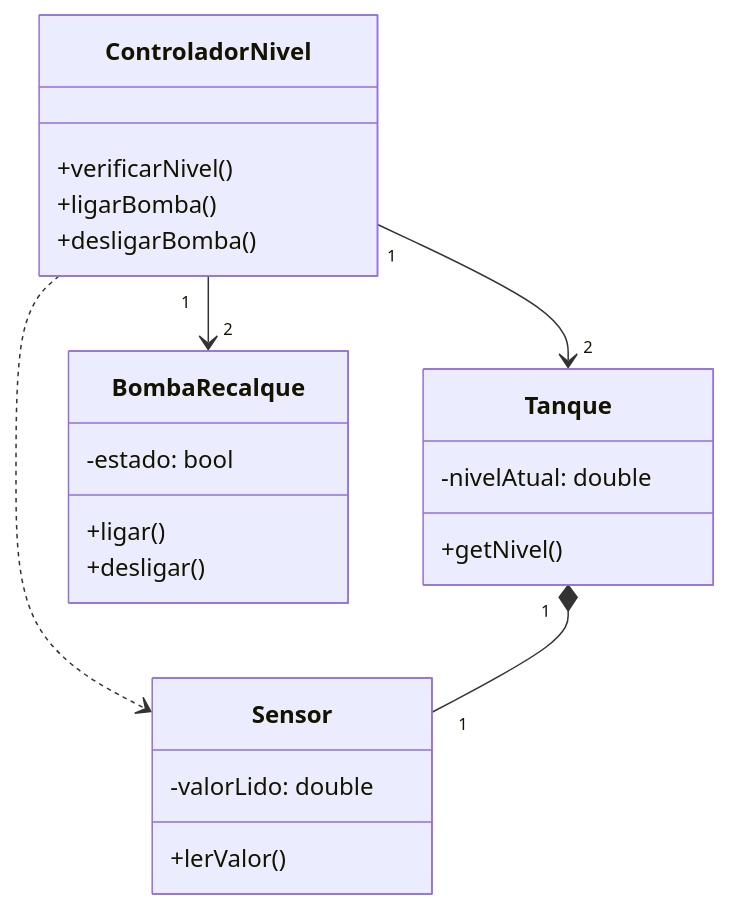
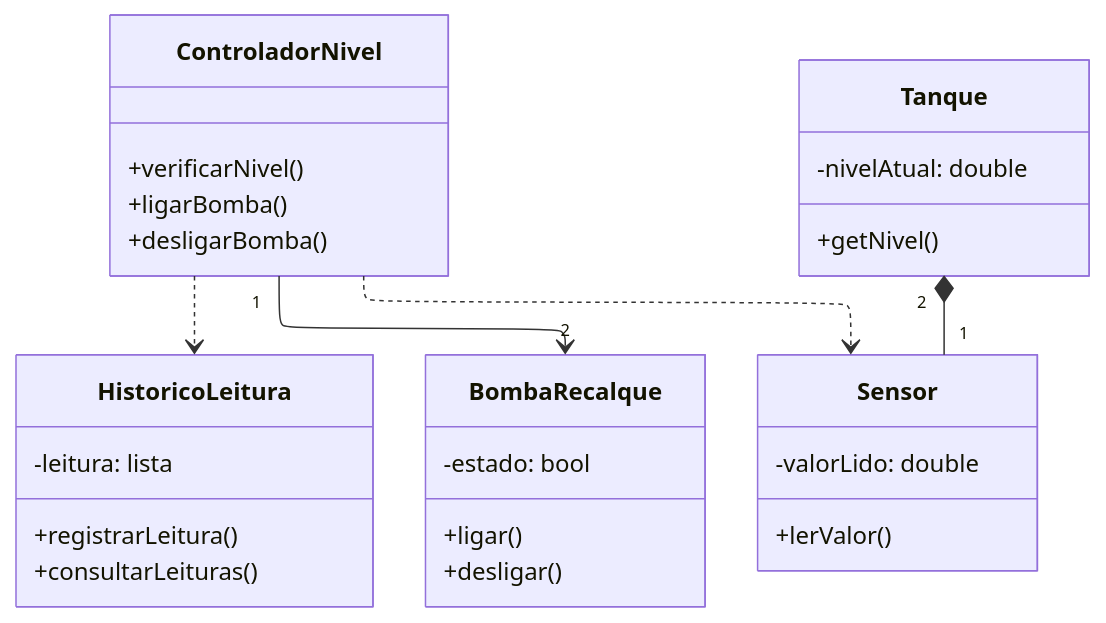
Before and after one commit to RafaelEmerick-POO/cria-o-de-uml-higor_team: the diagram in questao11.mmd, drawn with Mermaid.

Commit message:
Atualizando mmd

```diff
--- a/questao11.mmd
+++ b/questao11.mmd
@@ -1,27 +1,37 @@
+---
+config:
+  layout: elk
+---
 classDiagram
-ControladorNivel "1"-->"2" Tanque
+ControladorNivel ..> HistoricoLeitura
+ControladorNivel "1"-->"2" BombaRecalque
 ControladorNivel ..> Sensor
-Tanque "1"*--"1" Sensor
-ControladorNivel "1"-->"2" BombaRecalque
+Tanque "2"*--"1" Sensor
 
 class ControladorNivel{
     +verificarNivel()
     +ligarBomba()
     +desligarBomba()
 }
 
 class BombaRecalque{
     -estado: bool
     +ligar()
     +desligar()
 }
 
 class Tanque{
     -nivelAtual: double
     +getNivel()
 }
 
 class Sensor{
     -valorLido: double
     +lerValor()
 }
+
+class HistoricoLeitura{
+    -leitura: lista
+    +registrarLeitura()
+    +consultarLeituras()
+}
```
